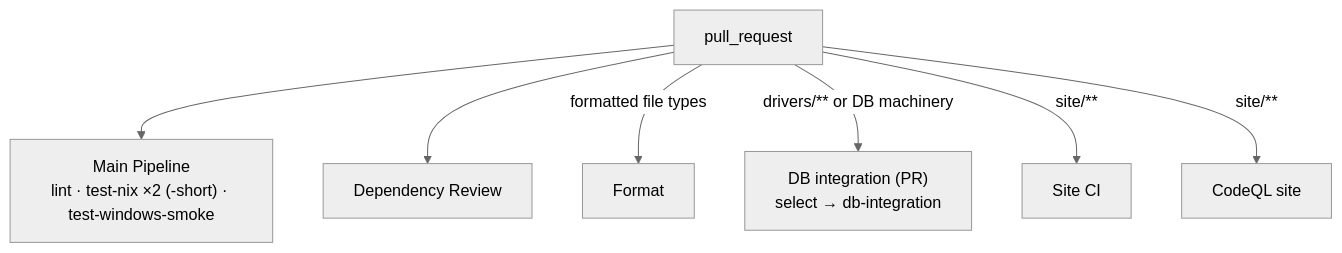
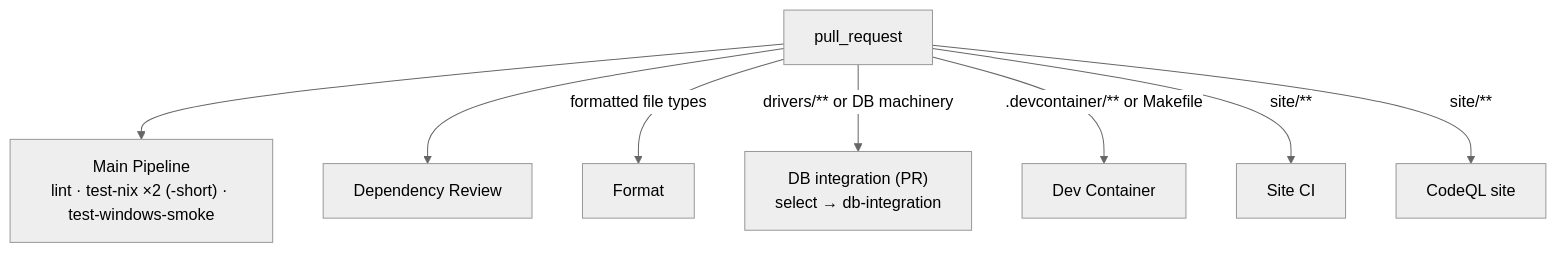
One commit to neilotoole/sq changed the first of 3 diagrams in docs/CI.md. Above: the diagram before and after it, drawn with Mermaid (neutral theme). The commit also changed other lines of this file and 12 other files, not shown here.

First line of the commit message:
Add a dev container for contributors (#1289)

````diff
--- a/docs/CI.md
+++ b/docs/CI.md
@@ -50,9 +51,10 @@
 ```mermaid
 flowchart TD
   PR[pull_request] --> main["Main Pipeline<br/>lint · test-nix ×2 (-short) · test-windows-smoke"]
   PR --> dep[Dependency Review]
   PR -->|formatted file types| fmt[Format]
   PR -->|"drivers/** or DB machinery"| dbpr["DB integration (PR)<br/>select → db-integration"]
+  PR -->|".devcontainer/** or Makefile"| dc[Dev Container]
   PR -->|"site/**"| site[Site CI]
   PR -->|"site/**"| cqs[CodeQL site]
 ```
````
